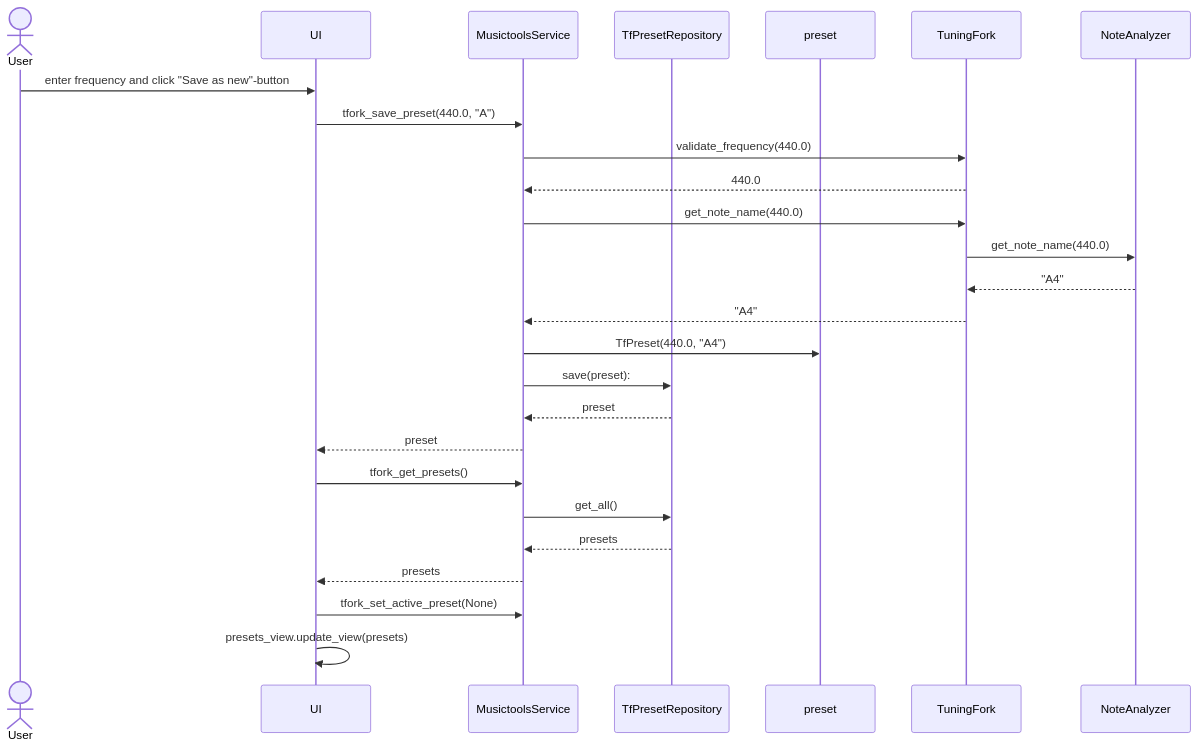
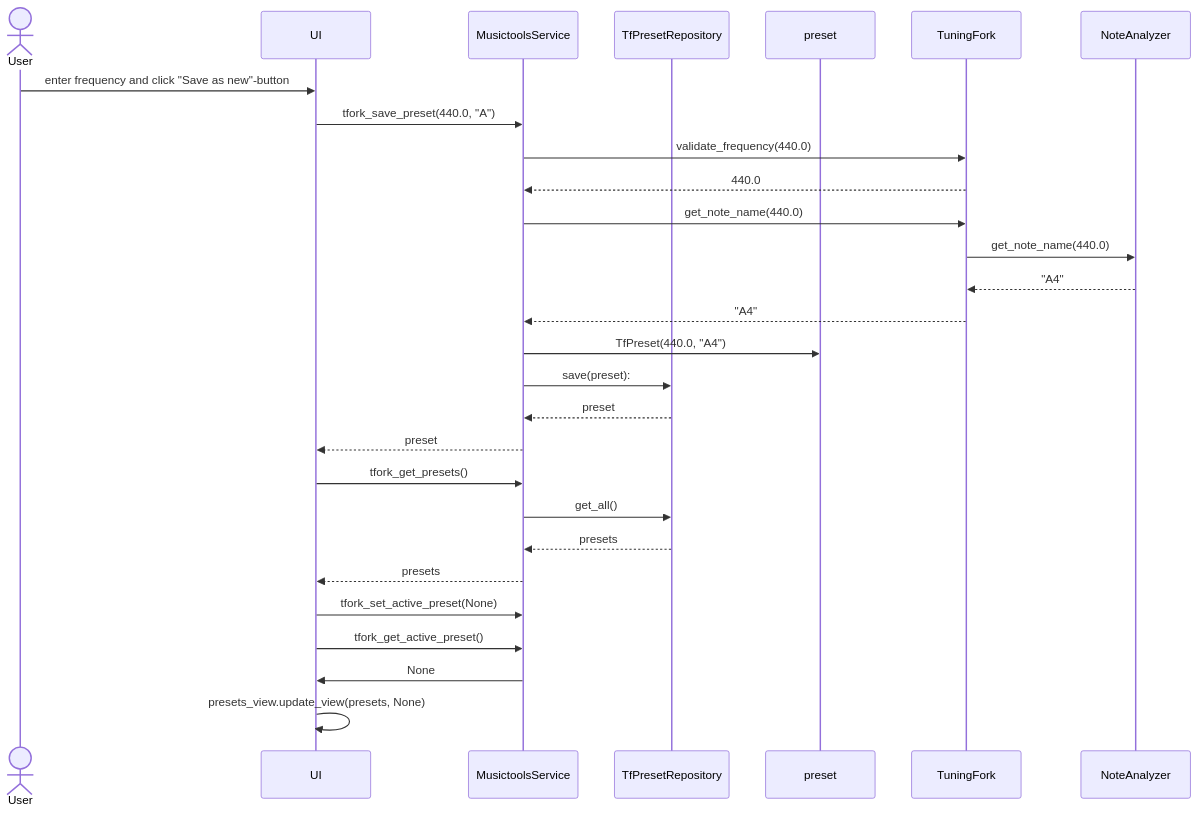
Before and after one commit to piamanns/ot-harjoitustyo: the third of 5 diagrams in musictools/dokumentaatio/arkkitehtuuri.md, drawn with Mermaid. The commit also changed other lines of this file, not shown here.

````diff
--- a/musictools/dokumentaatio/arkkitehtuuri.md
+++ b/musictools/dokumentaatio/arkkitehtuuri.md
@@ -129,27 +129,29 @@
 ```mermaid
 sequenceDiagram
     actor User
     participant UI
     participant MusictoolsService
     participant TfPresetRepository
     participant preset
     participant TuningFork
     User->>UI: enter frequency and click "Save as new"-button
     UI->>MusictoolsService: tfork_save_preset(440.0, "A")
     MusictoolsService->>TuningFork: validate_frequency(440.0)
     TuningFork-->>MusictoolsService: 440.0
     MusictoolsService->>TuningFork: get_note_name(440.0)
     TuningFork->>NoteAnalyzer: get_note_name(440.0)
     NoteAnalyzer-->>TuningFork: "A4"
     TuningFork-->>MusictoolsService: "A4"
     MusictoolsService->>preset: TfPreset(440.0, "A4")
     MusictoolsService->>TfPresetRepository: save(preset):
     TfPresetRepository-->>MusictoolsService: preset
     MusictoolsService -->>UI: preset
     UI->>MusictoolsService: tfork_get_presets()
     MusictoolsService->>TfPresetRepository: get_all()
     TfPresetRepository-->>MusictoolsService: presets
     MusictoolsService-->>UI: presets
     UI->>MusictoolsService: tfork_set_active_preset(None)
-    UI->>UI: presets_view.update_view(presets)
+    UI->>MusictoolsService: tfork_get_active_preset()
+    MusictoolsService->>UI: None
+    UI->>UI: presets_view.update_view(presets, None)
 ```
````
